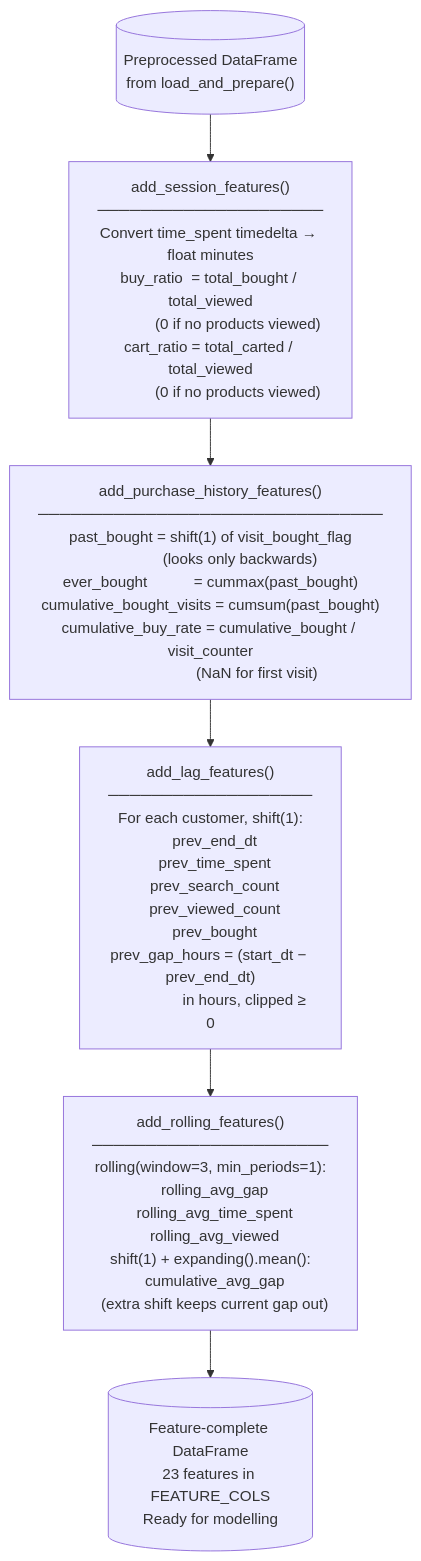
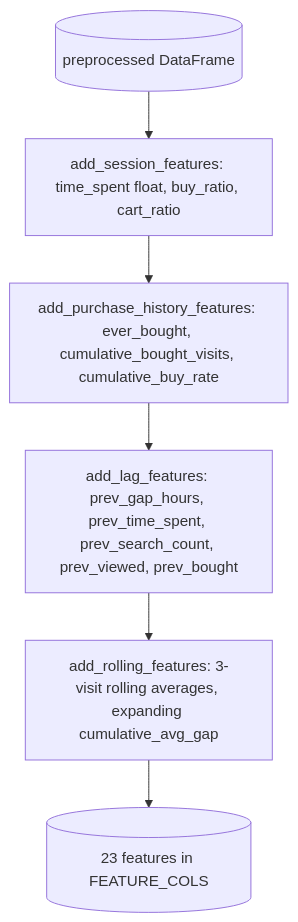
Before and after one commit to udit-asopa/data-science-assignment-nosto: the sixth of 9 diagrams in docs/06_diagrams.md, drawn with Mermaid. The commit also changed other lines of this file and 1 other file, not shown here.

````diff
--- a/docs/06_diagrams.md
+++ b/docs/06_diagrams.md
@@ -199,16 +147,11 @@
 ```mermaid
 flowchart TD
-    IN[("Preprocessed DataFrame\nfrom load_and_prepare()")]
-
-    SESS["add_session_features()\n─────────────────────\nConvert time_spent timedelta → float minutes\nbuy_ratio  = total_bought / total_viewed\n             (0 if no products viewed)\ncart_ratio = total_carted / total_viewed\n             (0 if no products viewed)"]
-
-    HIST["add_purchase_history_features()\n────────────────────────────────\npast_bought = shift(1) of visit_bought_flag\n              (looks only backwards)\never_bought           = cummax(past_bought)\ncumulative_bought_visits = cumsum(past_bought)\ncumulative_buy_rate = cumulative_bought / visit_counter\n                      (NaN for first visit)"]
-
-    LAG["add_lag_features()\n───────────────────\nFor each customer, shift(1):\n  prev_end_dt\n  prev_time_spent\n  prev_search_count\n  prev_viewed_count\n  prev_bought\nprev_gap_hours = (start_dt − prev_end_dt)\n                 in hours, clipped ≥ 0"]
-
-    ROLL["add_rolling_features()\n──────────────────────\nrolling(window=3, min_periods=1):\n  rolling_avg_gap\n  rolling_avg_time_spent\n  rolling_avg_viewed\nshift(1) + expanding().mean():\n  cumulative_avg_gap\n  (extra shift keeps current gap out)"]
-
-    OUT[("Feature-complete DataFrame\n23 features in FEATURE_COLS\nReady for modelling")]
+    IN[("preprocessed DataFrame")]
+    SESS["add_session_features: time_spent float, buy_ratio, cart_ratio"]
+    HIST["add_purchase_history_features: ever_bought, cumulative_bought_visits, cumulative_buy_rate"]
+    LAG["add_lag_features: prev_gap_hours, prev_time_spent, prev_search_count, prev_viewed, prev_bought"]
+    ROLL["add_rolling_features: 3-visit rolling averages, expanding cumulative_avg_gap"]
+    OUT[("23 features in FEATURE_COLS")]
 
     IN --> SESS --> HIST --> LAG --> ROLL --> OUT
 ```
````
